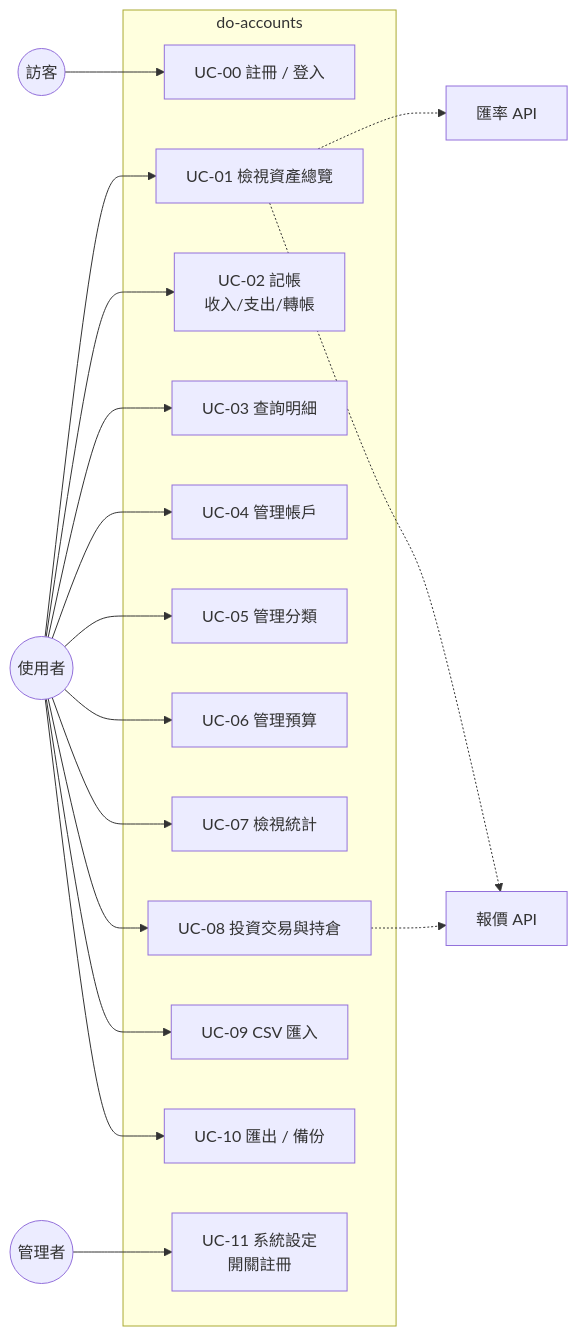
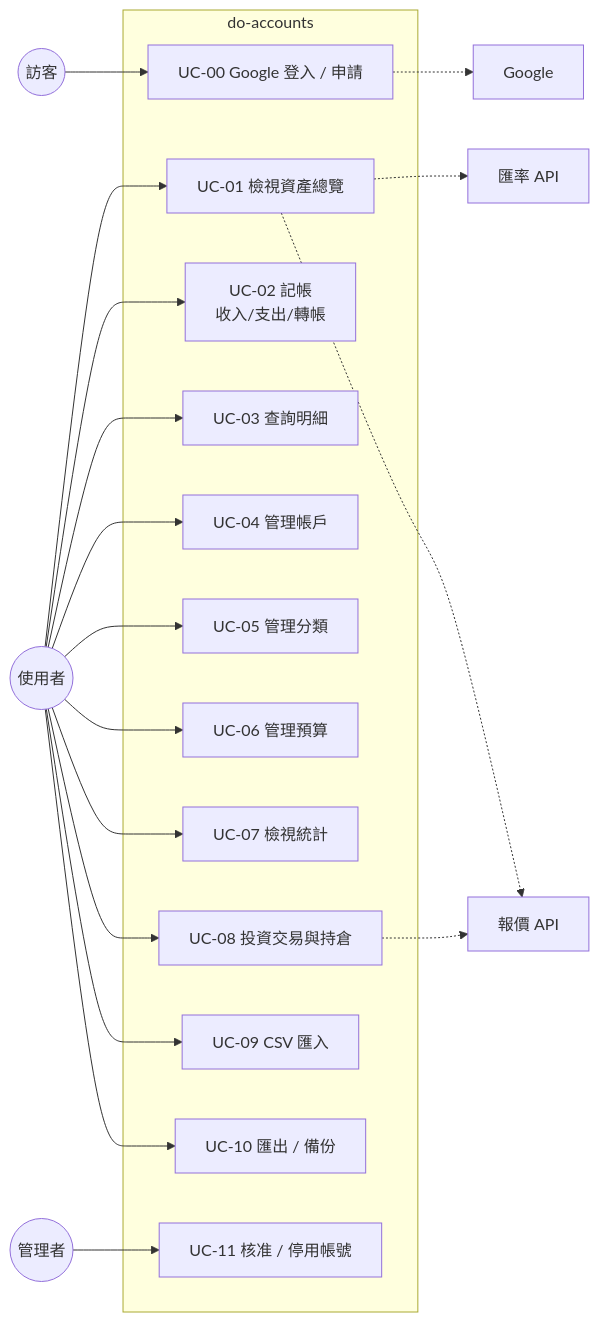
Before and after one commit to alexsuze/do-accounts: the first of 3 diagrams in docs/SA.md, drawn with Mermaid. The commit also changed other lines of this file and 3 other files, not shown here.

````diff
--- a/docs/SA.md
+++ b/docs/SA.md
@@ -242,28 +243,29 @@
 ```mermaid
 graph LR
     G((訪客))
     U((使用者))
     A((管理者))
     subgraph do-accounts
-        UC0[UC-00 註冊 / 登入]
+        UC0[UC-00 Google 登入 / 申請]
         UC1[UC-01 檢視資產總覽]
         UC2[UC-02 記帳<br/>收入/支出/轉帳]
         UC3[UC-03 查詢明細]
         UC4[UC-04 管理帳戶]
         UC5[UC-05 管理分類]
         UC6[UC-06 管理預算]
         UC7[UC-07 檢視統計]
         UC8[UC-08 投資交易與持倉]
         UC9[UC-09 CSV 匯入]
         UC10[UC-10 匯出 / 備份]
-        UC11[UC-11 系統設定<br/>開關註冊]
+        UC11[UC-11 核准 / 停用帳號]
     end
     FX[匯率 API]
     QT[報價 API]
     G --> UC0
     U --> UC1 & UC2 & UC3 & UC4 & UC5 & UC6 & UC7 & UC8 & UC9 & UC10
     A --> UC11
+    UC0 -.-> GG[Google]
     UC1 -.-> FX
     UC1 -.-> QT
     UC8 -.-> QT
 ```
````
